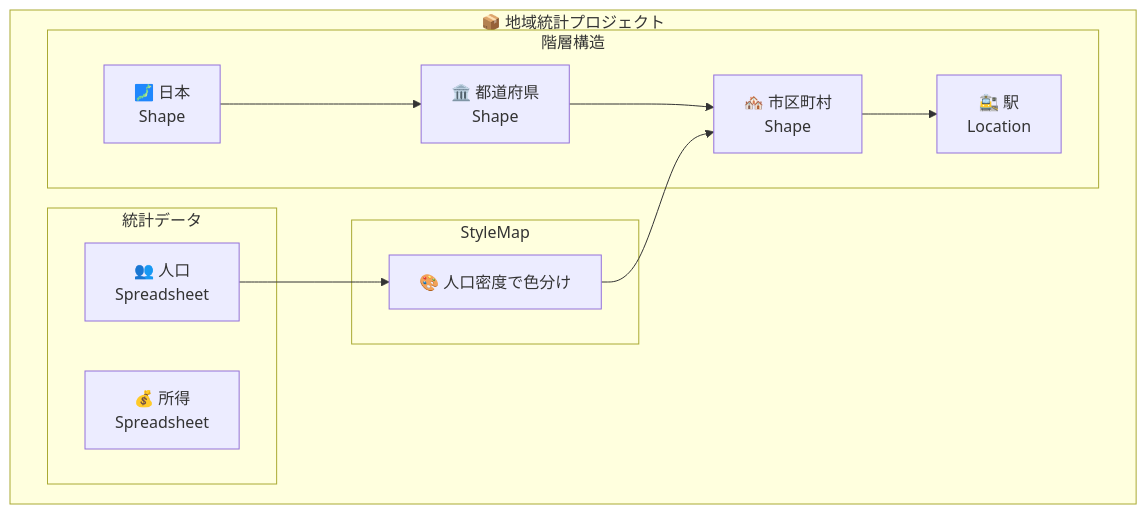
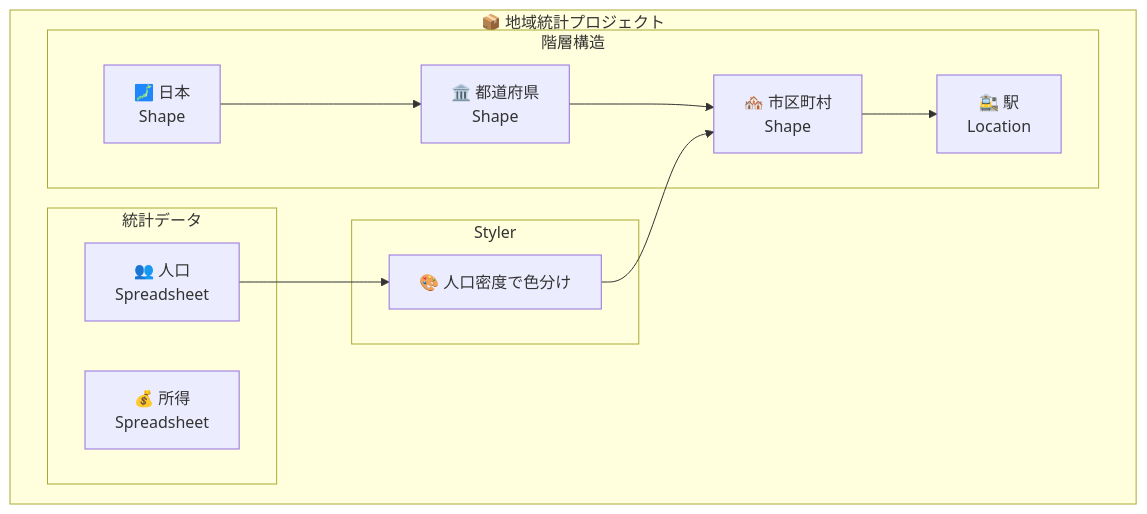
Diagram 13 of 17 in docs/USER_MANUAL_COMPREHENSIVE/03_PROJECT_AND_PROPERTYRESOLVER_GUIDE.md (kubohiroya/hierarchidb), drawn with Mermaid before and after one commit. The commit also changed other lines of this file and 267 other files, not shown here.

````diff
--- a/docs/USER_MANUAL_COMPREHENSIVE/03_PROJECT_AND_PROPERTYRESOLVER_GUIDE.md
+++ b/docs/USER_MANUAL_COMPREHENSIVE/03_PROJECT_AND_PROPERTYRESOLVER_GUIDE.md
@@ -370,27 +370,27 @@
 ```mermaid
 graph TB
     subgraph "📦 地域統計プロジェクト"
         subgraph "階層構造"
             Country[🗾 日本<br/>Shape]
             Prefecture[🏛️ 都道府県<br/>Shape]
             City[🏘️ 市区町村<br/>Shape]
             Station[🚉 駅<br/>Location]
         end
         
         subgraph "統計データ"
             Population[👥 人口<br/>Spreadsheet]
             Income[💰 所得<br/>Spreadsheet]
         end
         
-        subgraph "StyleMap"
+        subgraph "Styler"
             ColorCode[🎨 人口密度で色分け]
         end
     end
     
     Country --> Prefecture
     Prefecture --> City
     City --> Station
     
     Population --> ColorCode
     ColorCode --> City
 ```
````
